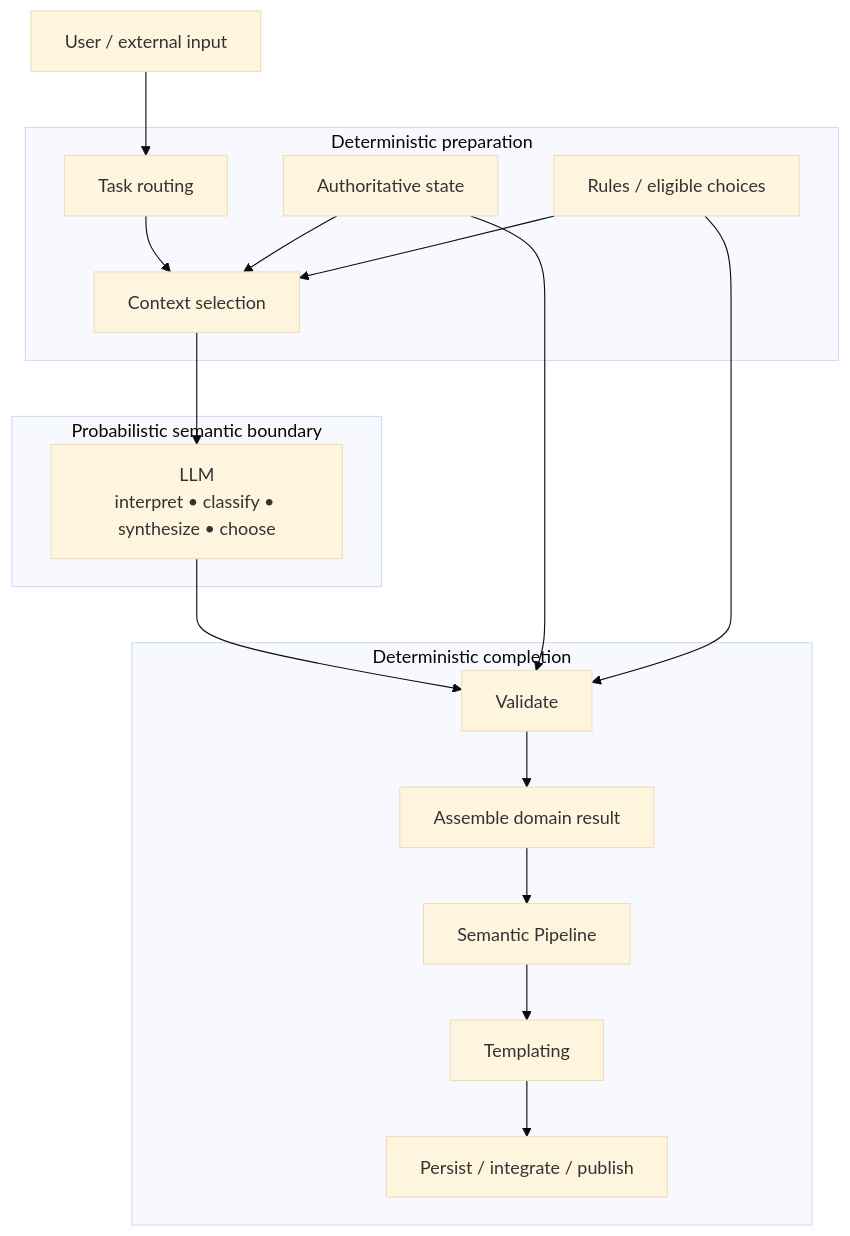
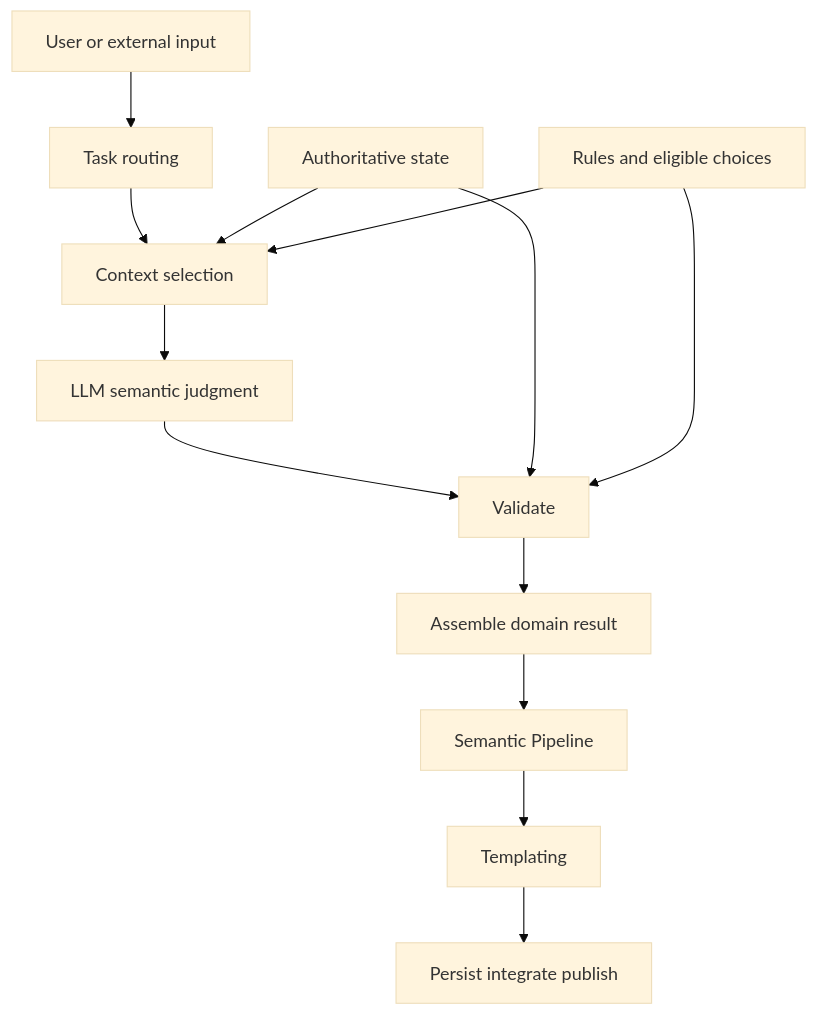
The second of 8 diagrams in README.md (Augmentedjs/llm_efficiency), drawn with Mermaid (base theme) before and after one commit. The commit also changed other lines of this file, not shown here.

Commit message:
Clean README and fix GitHub Mermaid rendering

````diff
--- a/README.md
+++ b/README.md
@@ -95,36 +81,15 @@
 ```mermaid
-flowchart TB
-    U["User / external input"]
-
-    subgraph DET1["Deterministic preparation"]
-        R["Task routing"]
-        C["Context selection"]
-        S["Authoritative state"]
-        K["Rules / eligible choices"]
-    end
-
-    subgraph SEM["Probabilistic semantic boundary"]
-        L["LLM<br/>interpret • classify • synthesize • choose"]
-    end
-
-    subgraph DET2["Deterministic completion"]
-        V["Validate"]
-        A["Assemble domain result"]
-        P["Semantic Pipeline"]
-        T["Templating"]
-        D["Persist / integrate / publish"]
-    end
-
-    U --> R
-    R --> C
-    S --> C
-    K --> C
-    C --> L
-    L --> V
-    S --> V
-    K --> V
-    V --> A
-    A --> P
-    P --> T
-    T --> D
+graph TD;
+    U[User or external input] --> R[Task routing];
+    R --> C[Context selection];
+    S[Authoritative state] --> C;
+    K[Rules and eligible choices] --> C;
+    C --> L[LLM semantic judgment];
+    L --> V[Validate];
+    S --> V;
+    K --> V;
+    V --> A[Assemble domain result];
+    A --> P[Semantic Pipeline];
+    P --> T[Templating];
+    T --> D[Persist integrate publish];
 ```
````
